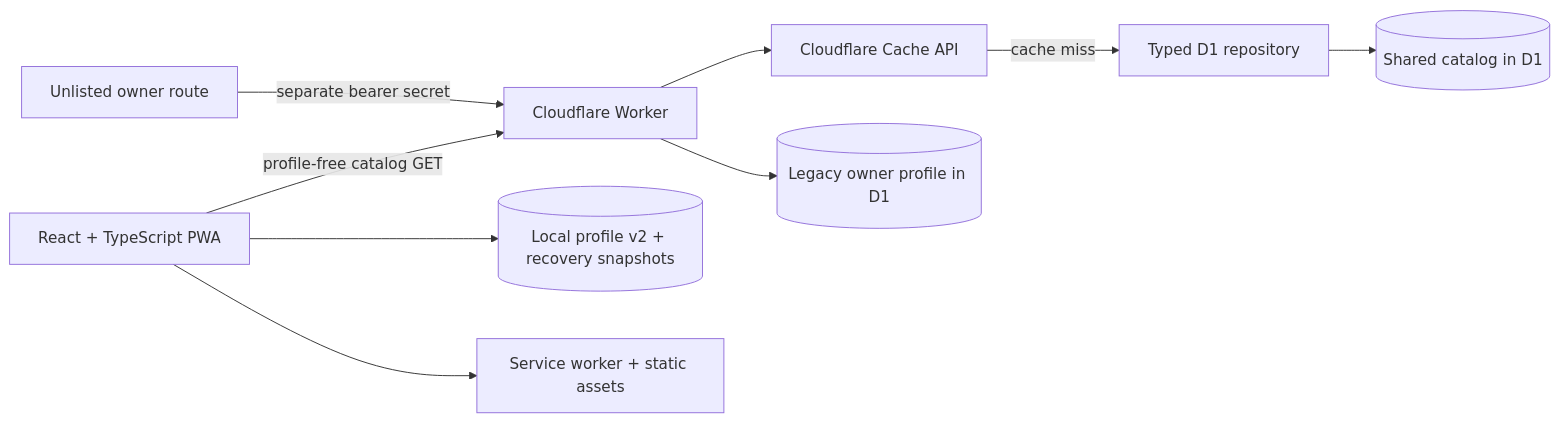
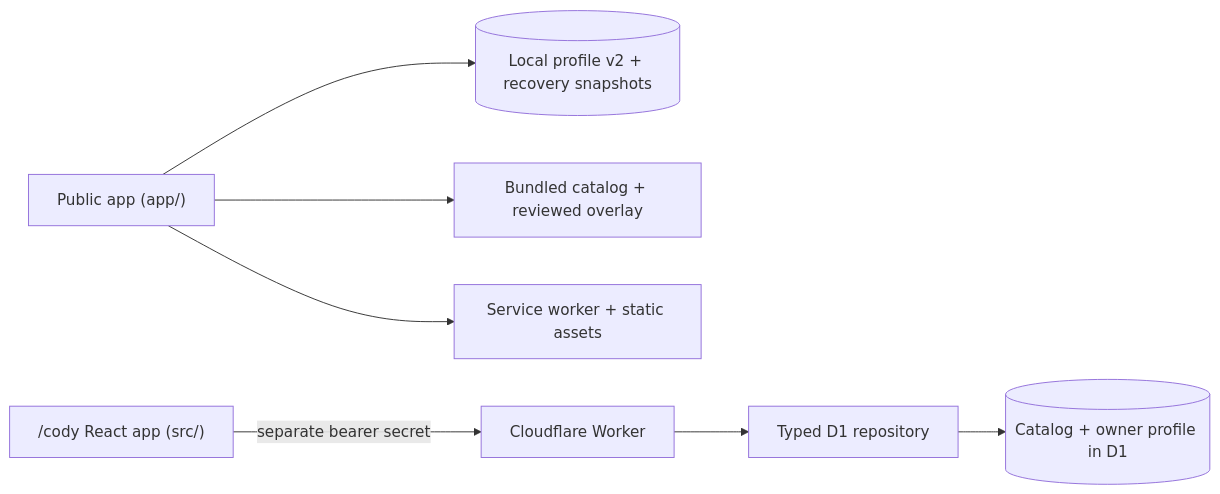
One commit to HoLeeChuck/dexly-pokemon-go-companion changed the diagram in docs/ARCHITECTURE.md. Above: the diagram before and after it, drawn with Mermaid. The commit also changed other lines of this file and 640 other files, not shown here.

````diff
--- a/docs/ARCHITECTURE.md
+++ b/docs/ARCHITECTURE.md
@@ -8,11 +9,9 @@
 ```mermaid
 flowchart LR
-  B["React + TypeScript PWA"] -->|"profile-free catalog GET"| W["Cloudflare Worker"]
-  B --> L[("Local profile v2 + recovery snapshots")]
-  W --> C["Cloudflare Cache API"]
-  C -->|"cache miss"| R["Typed D1 repository"]
-  R --> D[("Shared catalog in D1")]
-  O["Unlisted owner route"] -->|"separate bearer secret"| W
-  W --> P[("Legacy owner profile in D1")]
-  B --> S["Service worker + static assets"]
+  A["Public app (app/)"] --> L[("Local profile v2 + recovery snapshots")]
+  A --> C["Bundled catalog + reviewed overlay"]
+  A --> S["Service worker + static assets"]
+  O["/cody React app (src/)"] -->|"separate bearer secret"| W["Cloudflare Worker"]
+  W --> R["Typed D1 repository"]
+  R --> D[("Catalog + owner profile in D1")]
 ```
````
